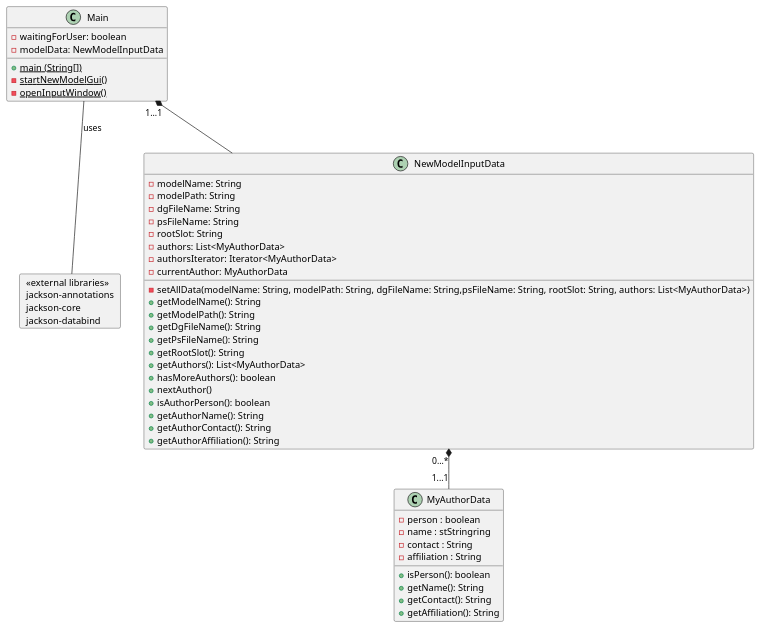
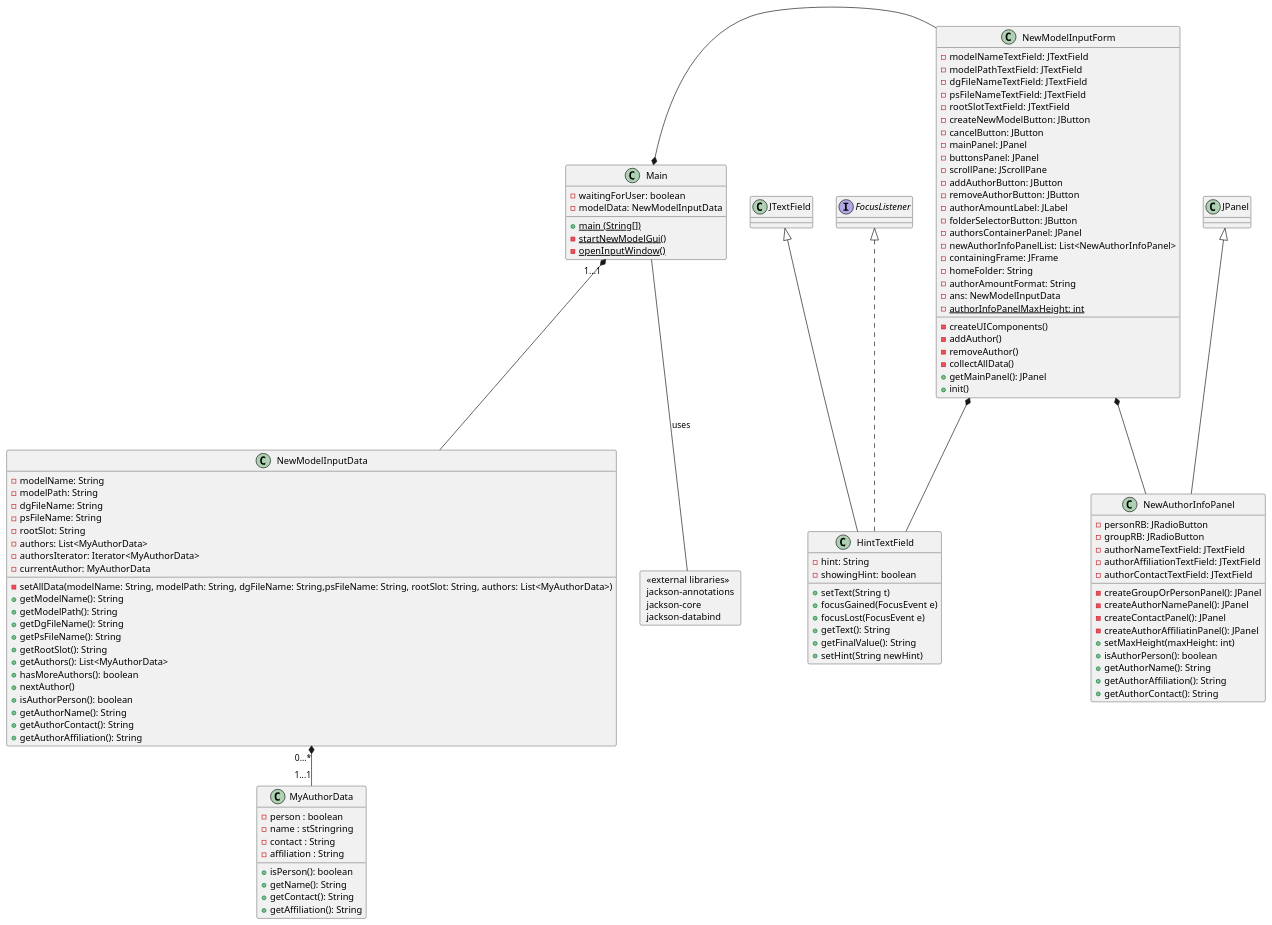
One commit to wolfj123/PolicyModelsPlugin changed the diagram in diagrams/LibServiceApp/NewModelFormClassDiagram.puml. Above: the diagram before and after it, drawn with PlantUML.

```diff
--- a/diagrams/LibServiceApp/NewModelFormClassDiagram.puml
+++ b/diagrams/LibServiceApp/NewModelFormClassDiagram.puml
@@ -1,60 +1,125 @@
 @startuml
 card ext [
     <<external libraries>>
     jackson-annotations
 	jackson-core
 	jackson-databind
 ]
 
 class Main {
 	- waitingForUser: boolean
 	- modelData: NewModelInputData
 
 	+ {static} main (String[])
 	- {static} startNewModelGui()
 	- {static} openInputWindow()
 }
 
 
 class MyAuthorData {
 	- person : boolean
 	- name : stStringring
 	- contact : String
 	- affiliation : String
 
 	+ isPerson(): boolean
 	+ getName(): String
 	+ getContact(): String
 	+ getAffiliation(): String
 }
 
 class NewModelInputData {
 	-  modelName: String
     -  modelPath: String
     -  dgFileName: String
     -  psFileName: String
     -  rootSlot: String
     - authors: List<MyAuthorData>
     - authorsIterator: Iterator<MyAuthorData>
     - currentAuthor: MyAuthorData
 
 	-setAllData(modelName: String, modelPath: String, dgFileName: String,psFileName: String, rootSlot: String, authors: List<MyAuthorData>)
 	+getModelName(): String
 	+getModelPath(): String
 	+getDgFileName(): String
 	+getPsFileName(): String
 	+getRootSlot(): String
 	+getAuthors(): List<MyAuthorData>
 	+hasMoreAuthors(): boolean
 	+nextAuthor()
 	+isAuthorPerson(): boolean
 	+getAuthorName(): String
 	+getAuthorContact(): String
 	+getAuthorAffiliation(): String
 }
 
+class NewModelInputForm {
+	- modelNameTextField: JTextField
+    - modelPathTextField: JTextField
+    - dgFileNameTextField: JTextField
+    - psFileNameTextField: JTextField
+    - rootSlotTextField: JTextField
+    - createNewModelButton: JButton
+    - cancelButton: JButton
+    - mainPanel: JPanel
+    - buttonsPanel: JPanel
+    - scrollPane: JScrollPane 
+    - addAuthorButton: JButton
+    - removeAuthorButton: JButton
+    - authorAmountLabel: JLabel
+    - folderSelectorButton: JButton
+    - authorsContainerPanel: JPanel
+    - newAuthorInfoPanelList: List<NewAuthorInfoPanel> 
+    - containingFrame: JFrame
+    - homeFolder: String
+    - authorAmountFormat: String
+    - ans: NewModelInputData 
+	- {static} authorInfoPanelMaxHeight: int
+
+	- createUIComponents()
+	- addAuthor()
+	- removeAuthor()
+	- collectAllData()
+	+ getMainPanel(): JPanel
+	+ init()
+}
+
+class HintTextField extends JTextField implements FocusListener {
+	- hint: String
+	- showingHint: boolean
+
+	+ setText(String t)
+	+ focusGained(FocusEvent e)
+	+ focusLost(FocusEvent e)
+	+ getText(): String
+	+ getFinalValue(): String
+	+ setHint(String newHint)
+}
+
+class NewAuthorInfoPanel extends JPanel {
+	- personRB: JRadioButton
+	- groupRB: JRadioButton
+	- authorNameTextField: JTextField
+	- authorAffiliationTextField: JTextField 
+	- authorContactTextField: JTextField 
+
+	- createGroupOrPersonPanel(): JPanel
+	- createAuthorNamePanel(): JPanel 
+	- createContactPanel(): JPanel 
+	- createAuthorAffiliatinPanel(): JPanel
+	+ setMaxHeight(maxHeight: int)
+	+ isAuthorPerson(): boolean
+	+ getAuthorName(): String
+	+ getAuthorAffiliation(): String
+	+ getAuthorContact(): String
+}
+
 Main -- ext: uses
 NewModelInputData "0...*" *-- "1...1" MyAuthorData
 Main "1...1" *-- NewModelInputData
 
+NewModelInputForm *-- HintTextField
+NewModelInputForm *-- NewAuthorInfoPanel
+Main *---right- NewModelInputForm
+
 @enduml
```
